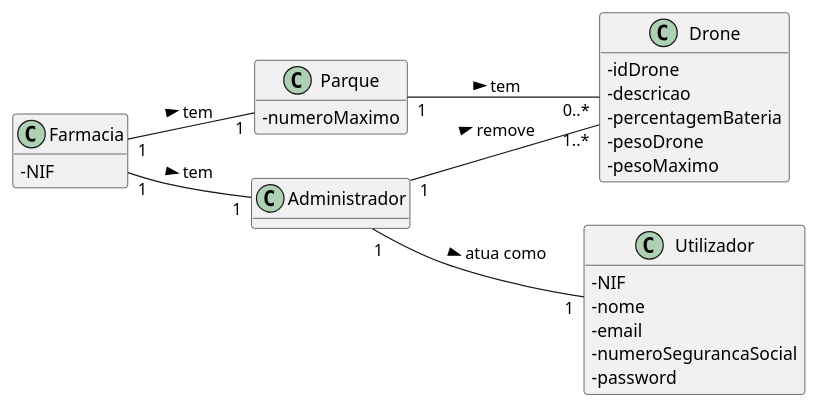
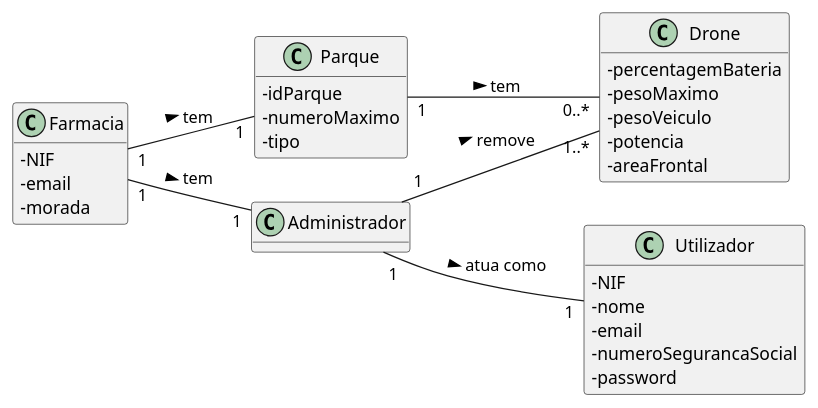
One commit to pedrolemos4/LAPR3 changed the diagram in docs/UC17/UC17_RemoverDrone_MD.puml. Above: the diagram before and after it, drawn with PlantUML. The commit also changed 7 other files, not shown here.

```diff
--- a/docs/UC17/UC17_RemoverDrone_MD.puml
+++ b/docs/UC17/UC17_RemoverDrone_MD.puml
@@ -1,36 +1,40 @@
 @startuml
 skinparam classAttributeIconSize 0
 hide methods
 left to right direction
 
 class Parque {
+  -idParque
   -numeroMaximo
+  -tipo
 }
 
 class Farmacia {
   -NIF
+  -email
+  -morada
 }
 
 class Utilizador {
   -NIF
   -nome
   -email
   -numeroSegurancaSocial
   -password
 }
 
 class Drone {
-  -idDrone
-  -descricao
   -percentagemBateria
-  -pesoDrone
   -pesoMaximo
+  -pesoVeiculo
+  -potencia
+  -areaFrontal
 }
 
 Administrador "1" -- "1" Utilizador: atua como >
 Administrador "1" -- "1..*" Drone: remove >
 Farmacia "1" -- "1" Parque: tem >
 Farmacia "1" -- "1" Administrador: tem >
 Parque "1" -- "0..*" Drone: tem > 
 
 @enduml
```
